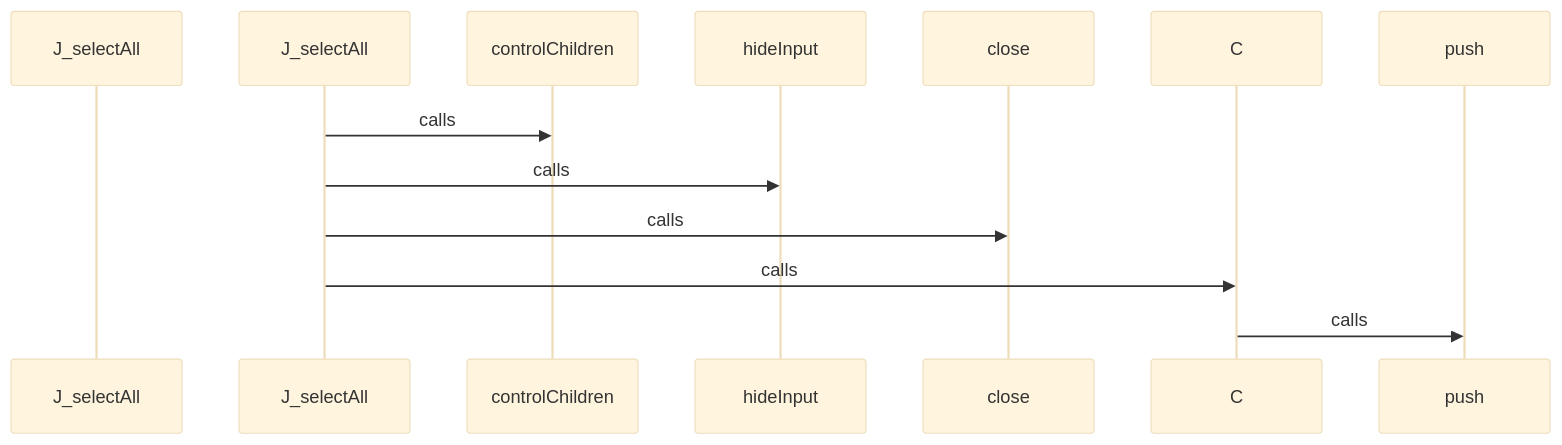
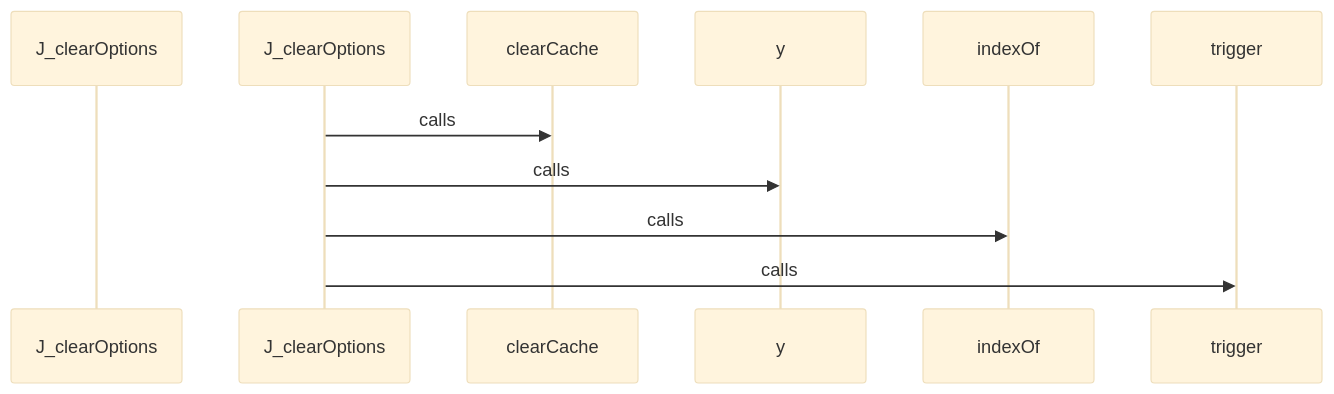
Diagram 18 of 26 in docs/CALL_FLOW.md (hazalkoom/DECODEx01), drawn with Mermaid (base theme) before and after one commit. The commit also changed other lines of this file and 15 other files, not shown here.

Commit message:
feat: NLG phases 2-4 - API scanner, few-shot schema, and story generator

````diff
--- a/docs/CALL_FLOW.md
+++ b/docs/CALL_FLOW.md
@@ -651,25 +719,21 @@
 ```mermaid
 sequenceDiagram
-    participant Start as J_selectAll
+    participant Start as J_clearOptions
 
 
-    J_selectAll->>controlChildren: calls
+    J_clearOptions->>clearCache: calls
 
 
 
-    J_selectAll->>hideInput: calls
+    J_clearOptions->>y: calls
 
 
 
-    J_selectAll->>close: calls
+    J_clearOptions->>indexOf: calls
 
 
 
-    J_selectAll->>C: calls
-
-
-
-    C->>push: calls
+    J_clearOptions->>trigger: calls
 
 
 ```
````
